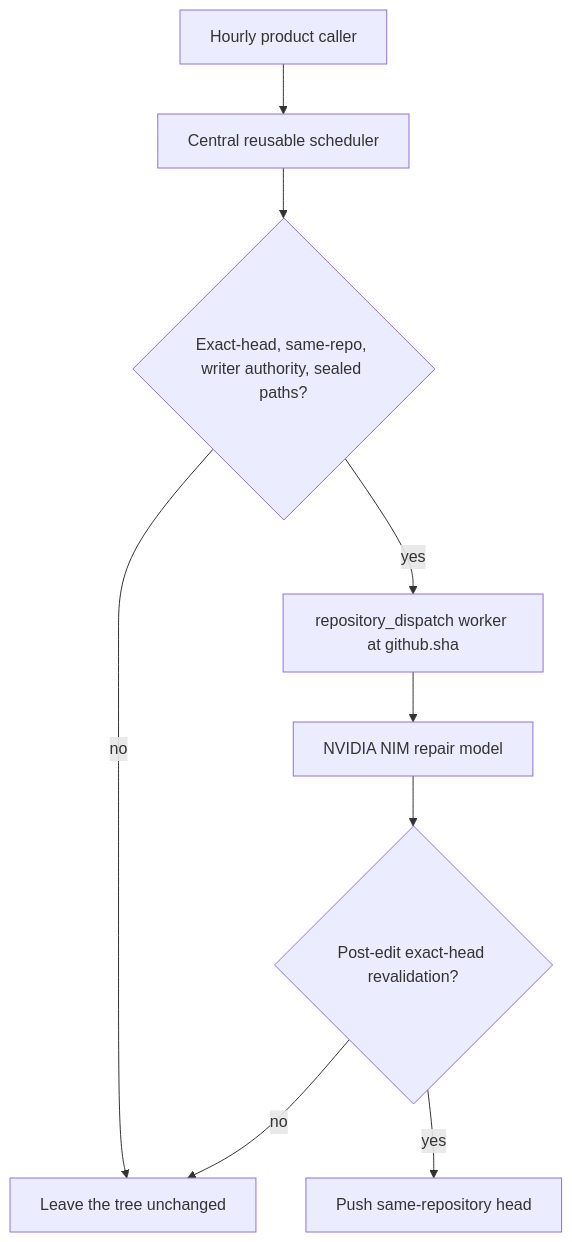
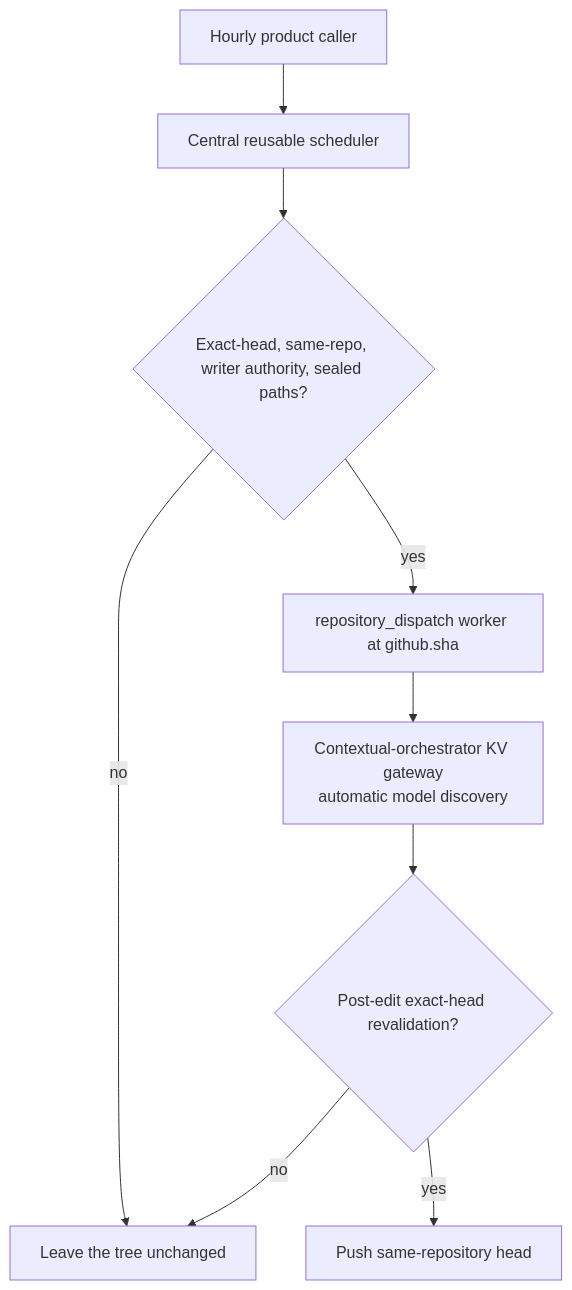
One commit to ContextualWisdomLab/.github changed the second of 3 diagrams in ARCHITECTURE.md. Above: the diagram before and after it, drawn with Mermaid. The commit also changed other lines of this file and 4 other files, not shown here.

Commit message:
docs(control-plane): align repair boundary with gateway

````diff
--- a/ARCHITECTURE.md
+++ b/ARCHITECTURE.md
@@ -44,20 +44,20 @@
 ```mermaid
 flowchart TD
   Hour["Hourly product caller"]
   Sched["Central reusable scheduler"]
   Bind{"Exact-head, same-repo, writer authority, sealed paths?"}
   Worker["repository_dispatch worker at github.sha"]
-  NIM["NVIDIA NIM repair model"]
+  Gateway["Contextual-orchestrator KV gateway\nautomatic model discovery"]
   Recheck{"Post-edit exact-head revalidation?"}
   Push["Push same-repository head"]
   Hold["Leave the tree unchanged"]
 
   Hour --> Sched
   Sched --> Bind
   Bind -->|"no"| Hold
   Bind -->|"yes"| Worker
-  Worker --> NIM
-  NIM --> Recheck
+  Worker --> Gateway
+  Gateway --> Recheck
   Recheck -->|"no"| Hold
   Recheck -->|"yes"| Push
 ```
````
